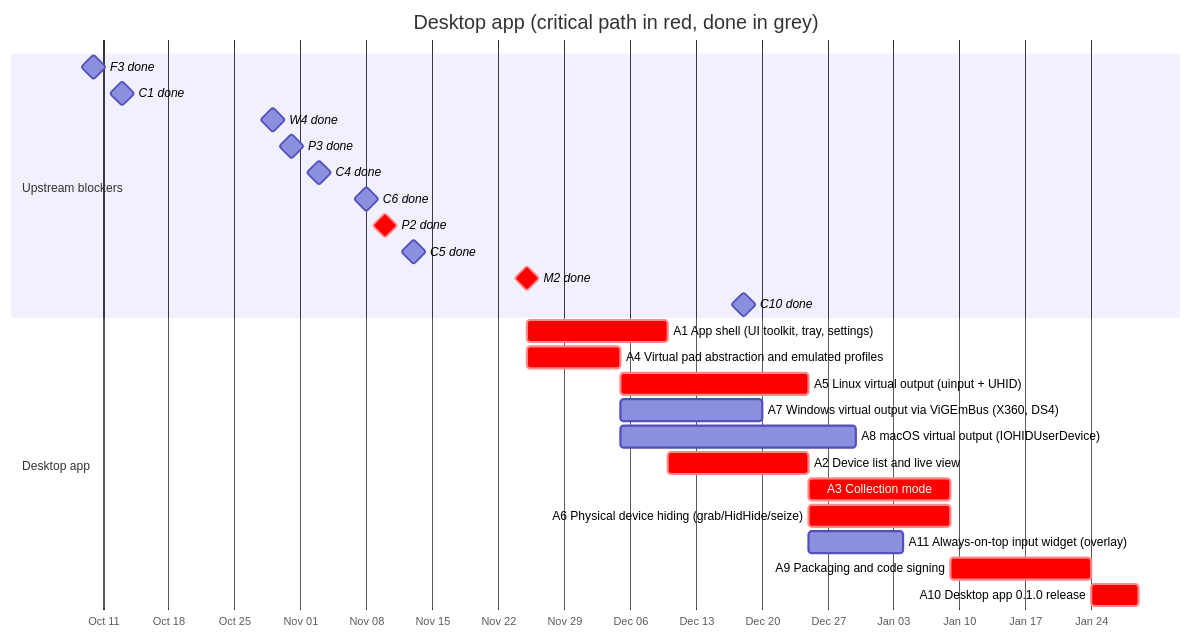
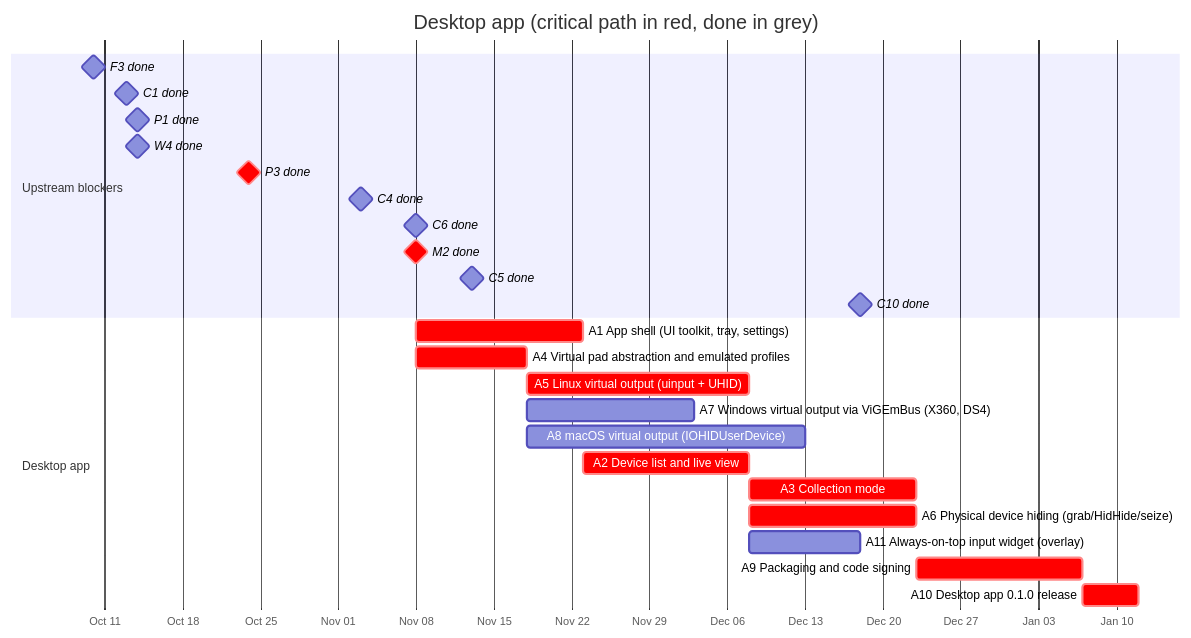
The diagram in ROADMAP/2026-10-14/05-desktop-app.md (anygamepad/anygamepad.github.io), drawn with Mermaid before and after one commit. The commit also changed other lines of this file and 48 other files, not shown here.

First line of the commit message:
Add device report schema, wizard, and local-first architecture (#10)

````diff
--- a/ROADMAP/2026-10-14/05-desktop-app.md
+++ b/ROADMAP/2026-10-14/05-desktop-app.md
@@ -17,29 +18,29 @@
 ```mermaid
 gantt
     dateFormat YYYY-MM-DD
     axisFormat %b %d
     title Desktop app (critical path in red, done in grey)
     section Upstream blockers
     F3 done :milestone, f3, 2026-10-10, 0d
     C1 done :milestone, c1, 2026-10-13, 0d
-    W4 done :milestone, w4, 2026-10-29, 0d
-    P3 done :milestone, p3, 2026-10-31, 0d
+    P1 done :milestone, p1, 2026-10-14, 0d
+    W4 done :milestone, w4, 2026-10-14, 0d
+    P3 done :milestone, crit, p3, 2026-10-24, 0d
     C4 done :milestone, c4, 2026-11-03, 0d
     C6 done :milestone, c6, 2026-11-08, 0d
-    P2 done :milestone, crit, p2, 2026-11-10, 0d
+    M2 done :milestone, crit, m2, 2026-11-08, 0d
     C5 done :milestone, c5, 2026-11-13, 0d
-    M2 done :milestone, crit, m2, 2026-11-25, 0d
     C10 done :milestone, c10, 2026-12-18, 0d
     section Desktop app
     A1 App shell (UI toolkit, tray, settings) :crit, a1, after f3 m2, 15d
     A4 Virtual pad abstraction and emulated profiles :crit, a4, after c1 m2, 10d
     A5 Linux virtual output (uinput + UHID) :crit, a5, after a4 c4, 20d
     A7 Windows virtual output via ViGEmBus (X360, DS4) :a7, after a4 c5, 15d
     A8 macOS virtual output (IOHIDUserDevice) :a8, after a4 c6, 25d
     A2 Device list and live view :crit, a2, after a1 c4, 15d
-    A3 Collection mode :crit, a3, after a2 w4 p2 p3, 15d
+    A3 Collection mode :crit, a3, after a2 w4 p1 p3, 15d
     A6 Physical device hiding (grab/HidHide/seize) :crit, a6, after a5 c5 c6, 15d
     A11 Always-on-top input widget (overlay) :a11, after a2, 10d
     A9 Packaging and code signing :crit, a9, after a3 a6 a7 a8 a11, 15d
     A10 Desktop app 0.1.0 release :crit, a10, after a9 c10, 5d
 ```
````
